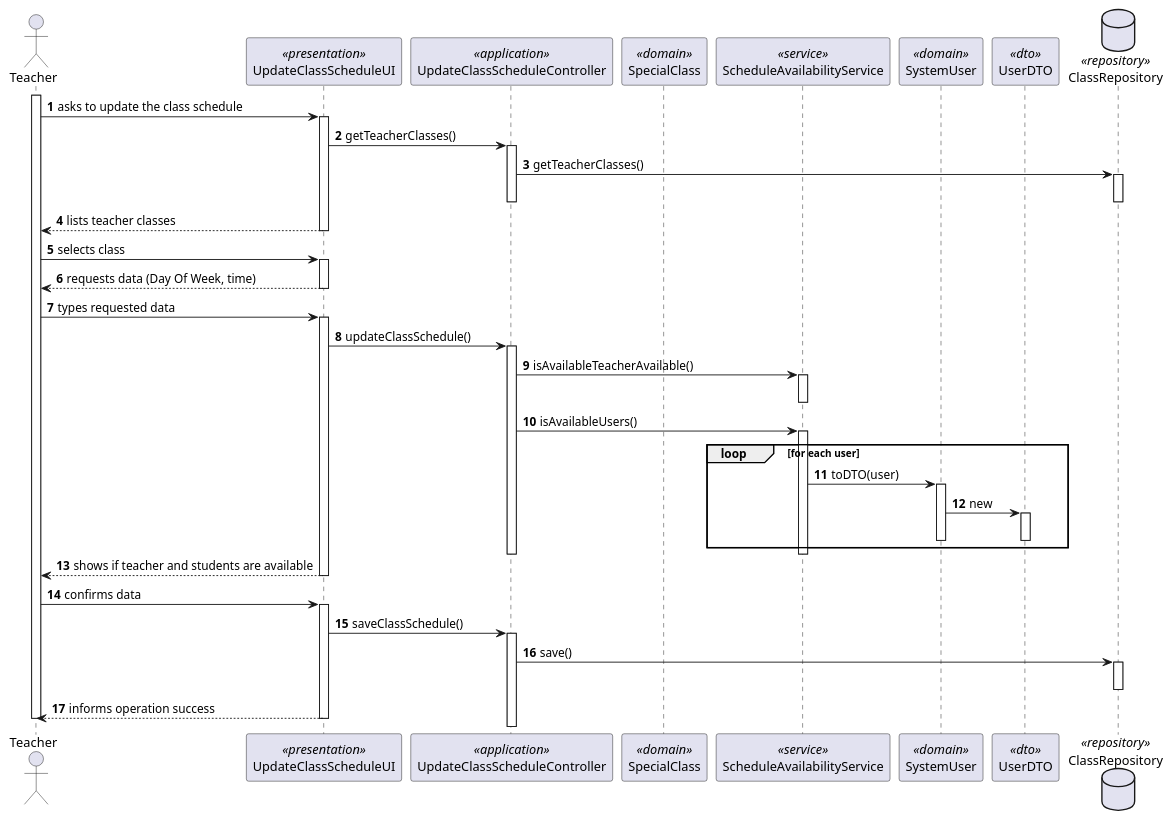
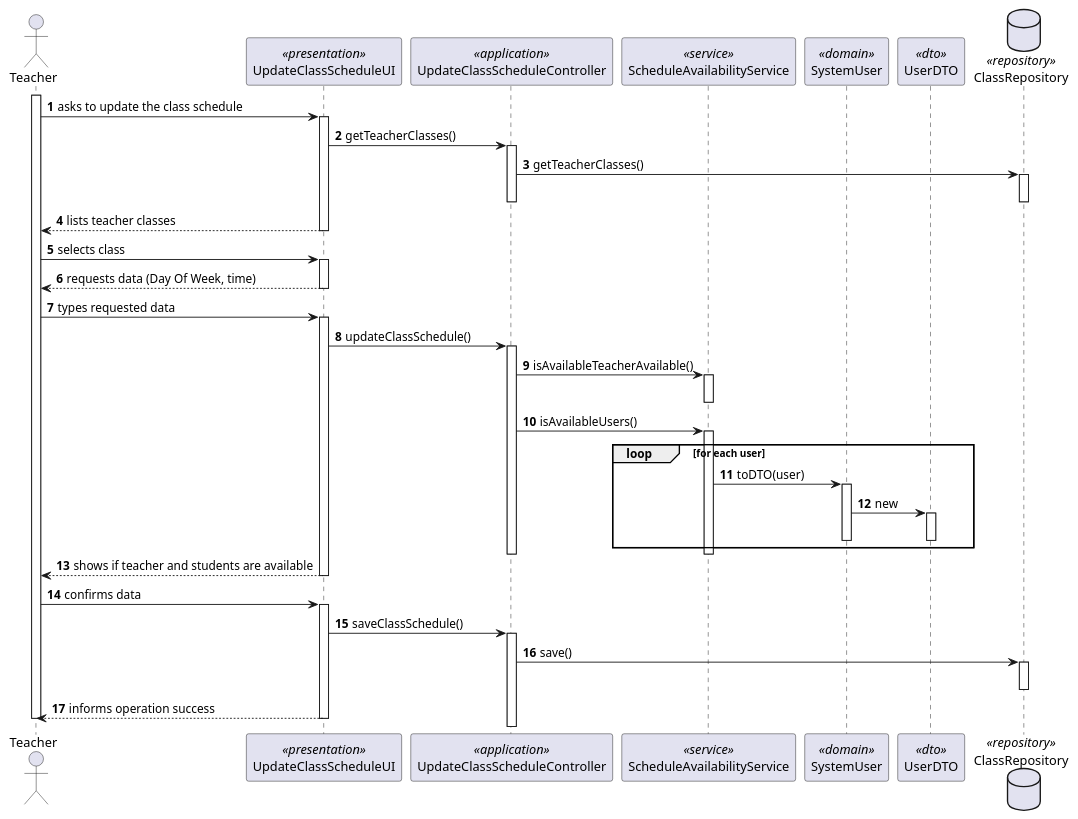
The diagram in docs/sprint-b/us18-1012/US1012_SD.puml (miseEnPlace-dev/lapr4), drawn with PlantUML before and after one commit. The commit also changed 23 other files, not shown here.

```diff
--- a/docs/sprint-b/us18-1012/US1012_SD.puml
+++ b/docs/sprint-b/us18-1012/US1012_SD.puml
@@ -1,82 +1,81 @@
 @startuml US1012_SD
 autonumber
 
 actor "Teacher" as T
 
 participant "UpdateClassScheduleUI" as UI <<presentation>>
 participant "UpdateClassScheduleController" as CTRL <<application>>
-participant "SpecialClass" as SC <<domain>>
 participant "ScheduleAvailabilityService" as SAREP <<service>>
 participant "SystemUser" as USER <<domain>>
 participant "UserDTO" as DTO <<dto>>
 
 database ClassRepository as REP <<repository>>
 
 activate T
 
 T -> UI : asks to update the class schedule
 activate UI
 
 UI -> CTRL : getTeacherClasses()
 activate CTRL
 
 CTRL -> REP : getTeacherClasses()
 activate REP
 deactivate REP
 
 deactivate CTRL
 
 UI --> T: lists teacher classes
 deactivate UI
 
 T -> UI : selects class
 activate UI
 
 UI --> T : requests data (Day Of Week, time)
 deactivate UI
 
 T -> UI : types requested data
 activate UI
 
 UI -> CTRL : updateClassSchedule()
 activate CTRL
 
 CTRL -> SAREP : isAvailableTeacherAvailable()
 activate SAREP
 deactivate SAREP
 
 CTRL -> SAREP : isAvailableUsers()
 activate SAREP
 
 loop for each user
   SAREP -> USER : toDTO(user)
   activate USER
   USER -> DTO : new
   activate DTO
   deactivate DTO
   deactivate USER
 end loop
 
 deactivate SAREP
 deactivate CTRL
 
 UI --> T : shows if teacher and students are available
 deactivate UI
 
 T -> UI : confirms data
 activate UI
 
 UI -> CTRL : saveClassSchedule()
 activate CTRL
 
 CTRL -> REP : save()
 activate REP
 deactivate REP
 
 UI --> T : informs operation success
 deactivate UI
 
 
 deactivate T
 
 @enduml
```
